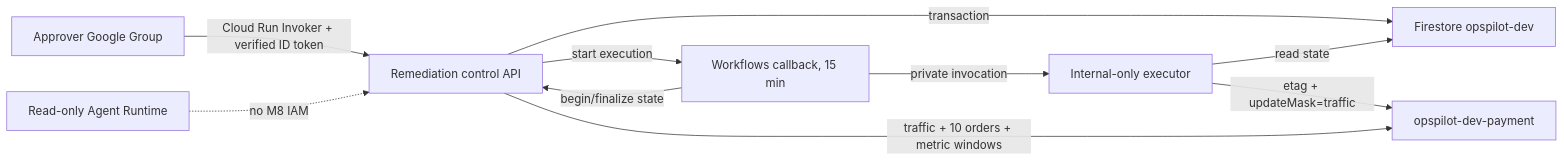
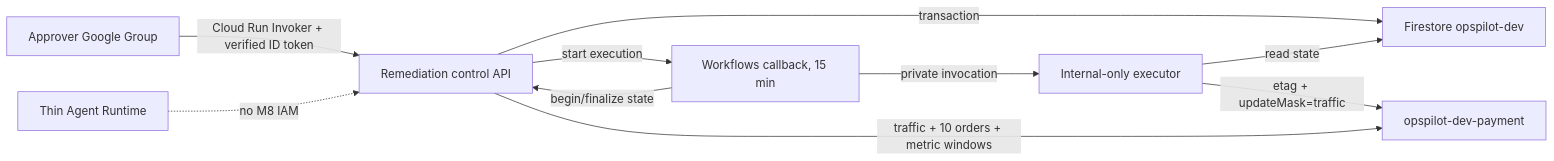
One commit to rhdqngo/opspilot changed the diagram in docs/operations/remediation.md. Above: the diagram before and after it, drawn with Mermaid. The commit also changed other lines of this file and 54 other files, not shown here.

````diff
--- a/docs/operations/remediation.md
+++ b/docs/operations/remediation.md
@@ -11,12 +11,12 @@
 ```mermaid
 flowchart LR
   A["Approver Google Group"] -->|"Cloud Run Invoker + verified ID token"| C["Remediation control API"]
   C -->|"transaction"| F["Firestore opspilot-dev"]
   C -->|"start execution"| W["Workflows callback, 15 min"]
   W -->|"private invocation"| X["Internal-only executor"]
   X -->|"etag + updateMask=traffic"| P["opspilot-dev-payment"]
   X -->|"read state"| F
   W -->|"begin/finalize state"| C
   C -->|"traffic + 10 orders + metric windows"| P
-  R["Read-only Agent Runtime"] -. "no M8 IAM" .-> C
+  R["Thin Agent Runtime"] -. "no M8 IAM" .-> C
 ```
````
